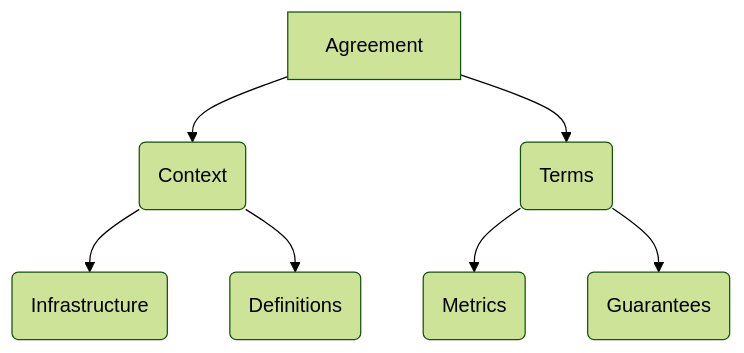
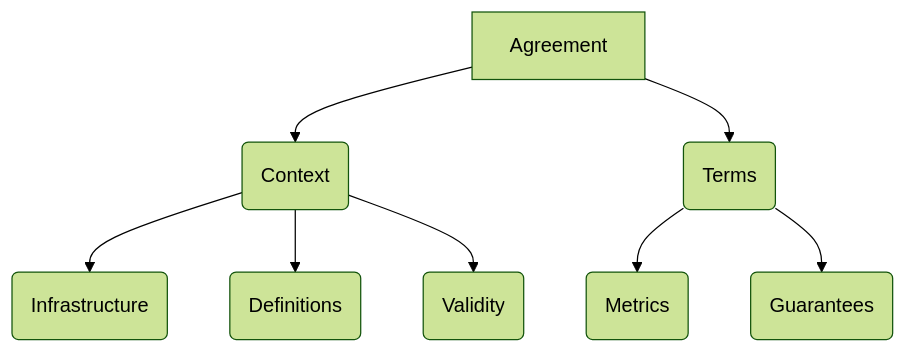
One commit to governify/governify-web changed the diagram in content/customization/agreement_modeling.md. Above: the diagram before and after it, drawn with Mermaid (forest theme). The commit also changed other lines of this file, not shown here.

````diff
--- a/content/customization/agreement_modeling.md
+++ b/content/customization/agreement_modeling.md
@@ -11,9 +11,10 @@
 ```mermaid
 graph TD
     A[Agreement] --> B(Context)
     A --> C(Terms)
     B --> D(Infrastructure)
     B --> E(Definitions)
+    B --> H(Validity)
     C -->F(Metrics)
     C -->G(Guarantees)
 ```
````
